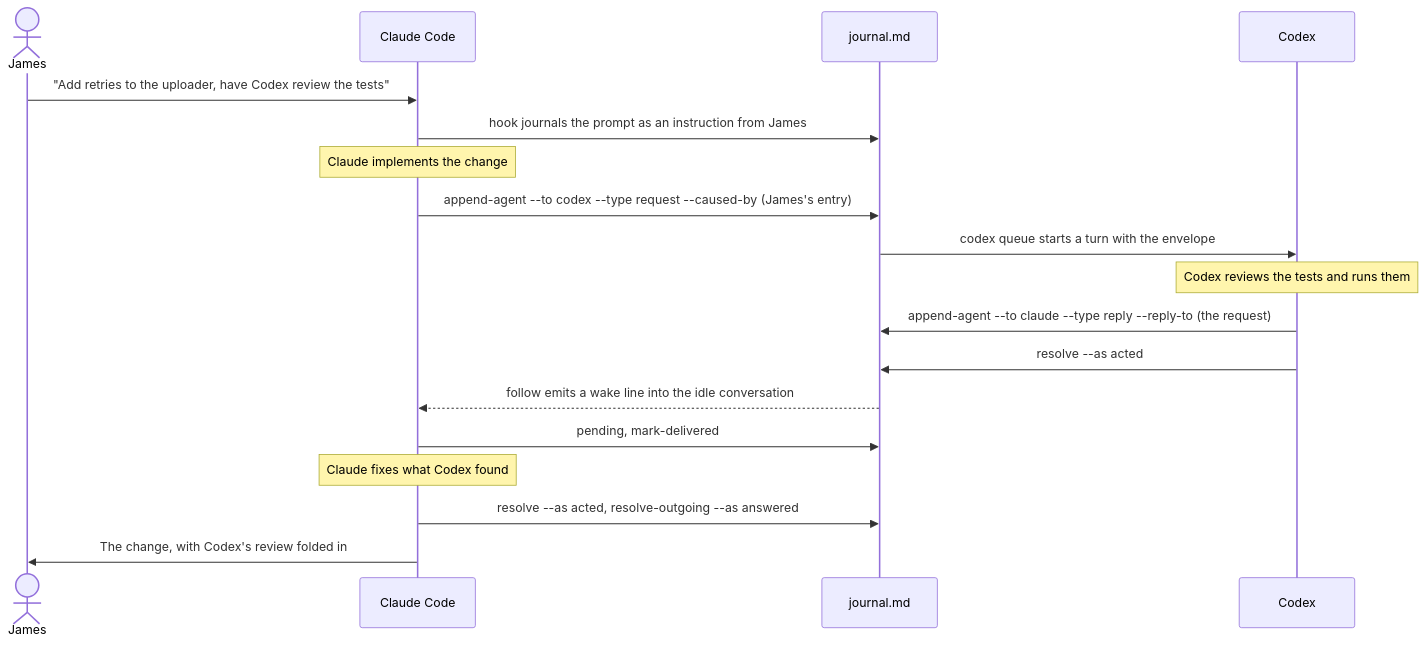
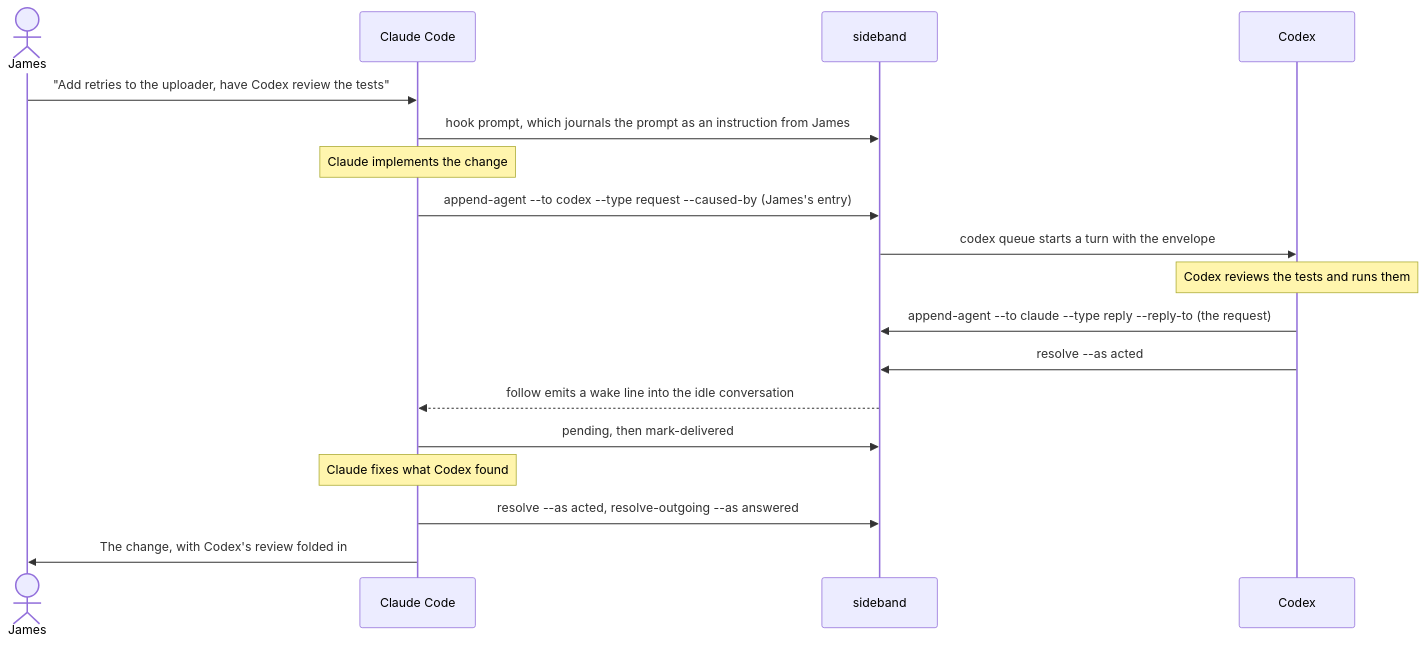
One commit to moltenbits/sideband changed the second of 3 diagrams in README.md. Above: the diagram before and after it, drawn with Mermaid.

Commit message:
Sequence diagram: the agents talk to sideband, which owns the journal

````diff
--- a/README.md
+++ b/README.md
@@ -107,21 +107,21 @@
 ```mermaid
 sequenceDiagram
     actor James
     participant Claude as Claude Code
-    participant J as journal.md
+    participant SB as sideband
     participant Codex
 
     James->>Claude: "Add retries to the uploader, have Codex review the tests"
-    Claude->>J: hook journals the prompt as an instruction from James
+    Claude->>SB: hook prompt, which journals the prompt as an instruction from James
     Note over Claude: Claude implements the change
-    Claude->>J: append-agent --to codex --type request --caused-by (James's entry)
-    J->>Codex: codex queue starts a turn with the envelope
+    Claude->>SB: append-agent --to codex --type request --caused-by (James's entry)
+    SB->>Codex: codex queue starts a turn with the envelope
     Note over Codex: Codex reviews the tests and runs them
-    Codex->>J: append-agent --to claude --type reply --reply-to (the request)
-    Codex->>J: resolve --as acted
-    J-->>Claude: follow emits a wake line into the idle conversation
-    Claude->>J: pending, mark-delivered
+    Codex->>SB: append-agent --to claude --type reply --reply-to (the request)
+    Codex->>SB: resolve --as acted
+    SB-->>Claude: follow emits a wake line into the idle conversation
+    Claude->>SB: pending, then mark-delivered
     Note over Claude: Claude fixes what Codex found
-    Claude->>J: resolve --as acted, resolve-outgoing --as answered
+    Claude->>SB: resolve --as acted, resolve-outgoing --as answered
     Claude->>James: The change, with Codex's review folded in
 ```
````
